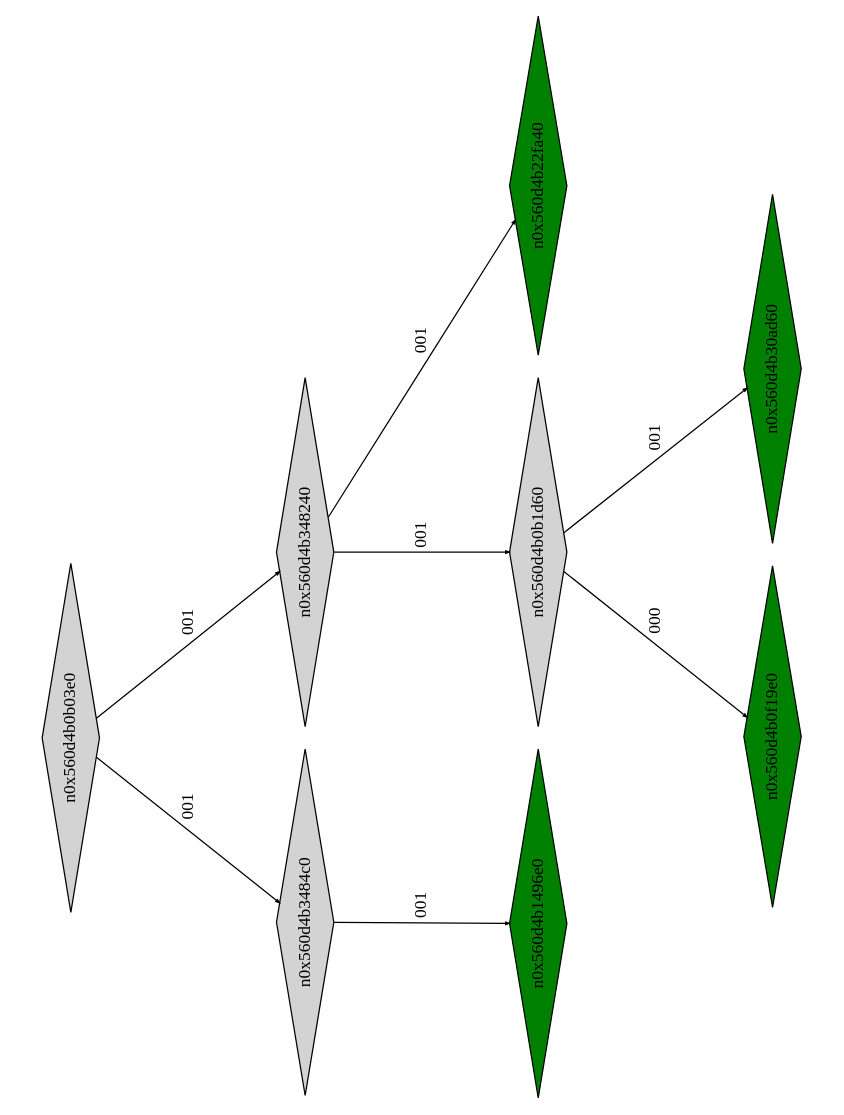
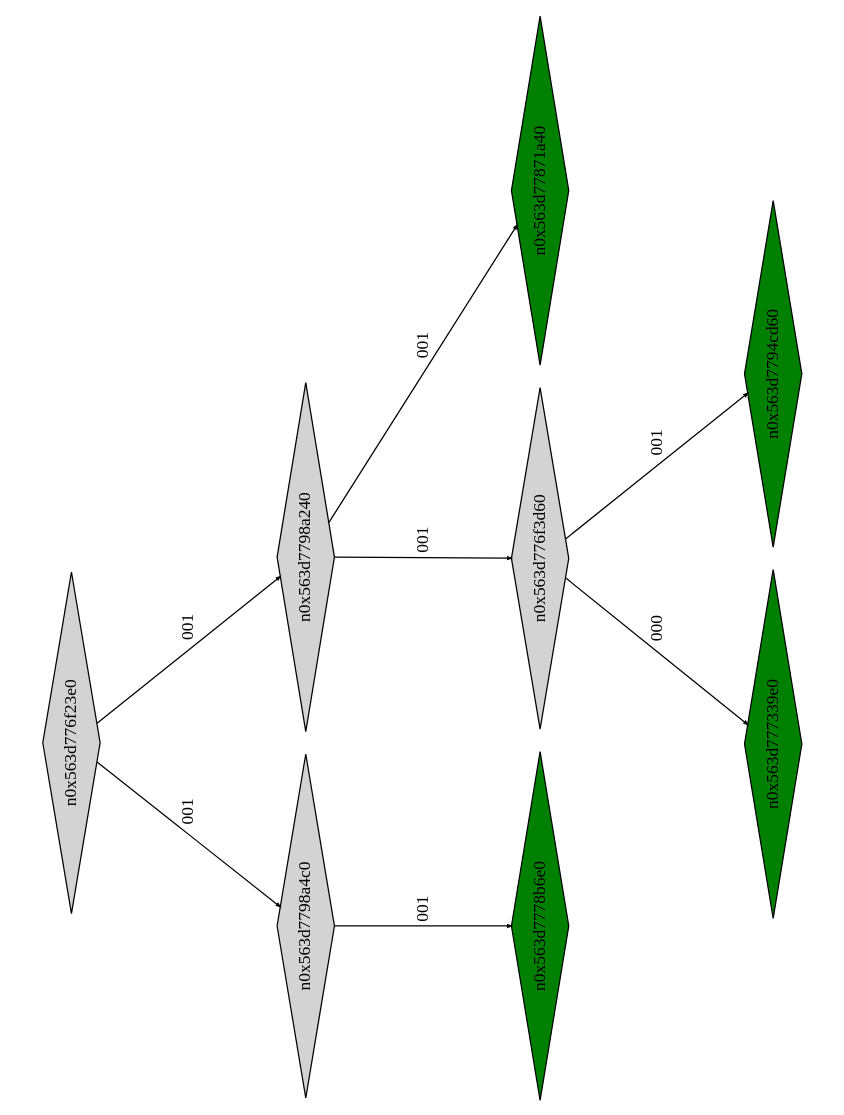
Before and after one commit to Research-Tools-PAVT/PSE-Program-Examples: the diagram in example3_klee_out/ptree_00002170.dot, drawn with Graphviz. The commit also changed 80 other files, not shown here.

```diff
--- a/example3_klee_out/ptree_00002170.dot
+++ b/example3_klee_out/ptree_00002170.dot
@@ -1,23 +1,23 @@
 digraph G {
 	size="10,7.5";
 	ratio=fill;
 	rotate=90;
 	center = "true";
 	node [style="filled",width=.1,height=.1,fontname="Terminus"]
 	edge [arrowsize=.3]
-	n0x560d4b0b03e0 [shape=diamond];
-	n0x560d4b0b03e0 -> n0x560d4b3484c0 [label=001];
-	n0x560d4b0b03e0 -> n0x560d4b348240 [label=001];
-	n0x560d4b348240 [shape=diamond];
-	n0x560d4b348240 -> n0x560d4b0b1d60 [label=001];
-	n0x560d4b348240 -> n0x560d4b22fa40 [label=001];
-	n0x560d4b22fa40 [shape=diamond,fillcolor=green];
-	n0x560d4b0b1d60 [shape=diamond];
-	n0x560d4b0b1d60 -> n0x560d4b0f19e0 [label=000];
-	n0x560d4b0b1d60 -> n0x560d4b30ad60 [label=001];
-	n0x560d4b30ad60 [shape=diamond,fillcolor=green];
-	n0x560d4b0f19e0 [shape=diamond,fillcolor=green];
-	n0x560d4b3484c0 [shape=diamond];
-	n0x560d4b3484c0 -> n0x560d4b1496e0 [label=001];
-	n0x560d4b1496e0 [shape=diamond,fillcolor=green];
+	n0x563d776f23e0 [shape=diamond];
+	n0x563d776f23e0 -> n0x563d7798a4c0 [label=001];
+	n0x563d776f23e0 -> n0x563d7798a240 [label=001];
+	n0x563d7798a240 [shape=diamond];
+	n0x563d7798a240 -> n0x563d776f3d60 [label=001];
+	n0x563d7798a240 -> n0x563d77871a40 [label=001];
+	n0x563d77871a40 [shape=diamond,fillcolor=green];
+	n0x563d776f3d60 [shape=diamond];
+	n0x563d776f3d60 -> n0x563d777339e0 [label=000];
+	n0x563d776f3d60 -> n0x563d7794cd60 [label=001];
+	n0x563d7794cd60 [shape=diamond,fillcolor=green];
+	n0x563d777339e0 [shape=diamond,fillcolor=green];
+	n0x563d7798a4c0 [shape=diamond];
+	n0x563d7798a4c0 -> n0x563d7778b6e0 [label=001];
+	n0x563d7778b6e0 [shape=diamond,fillcolor=green];
 }
```
